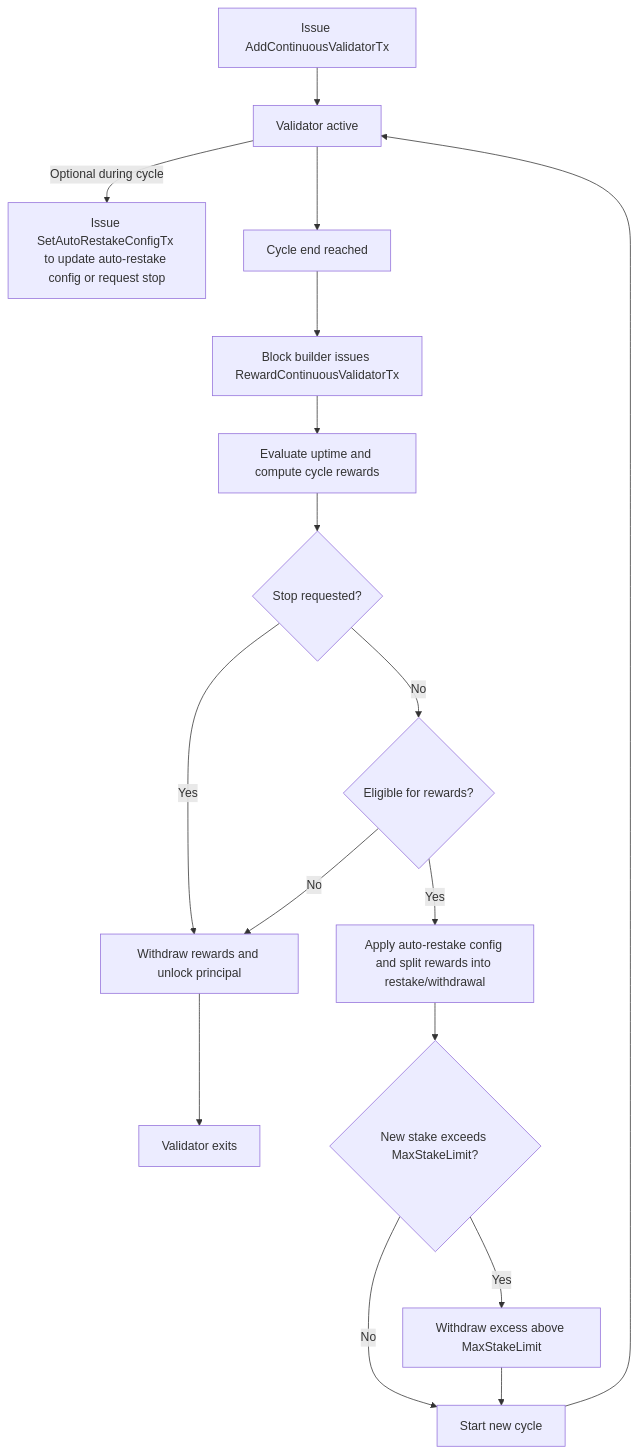
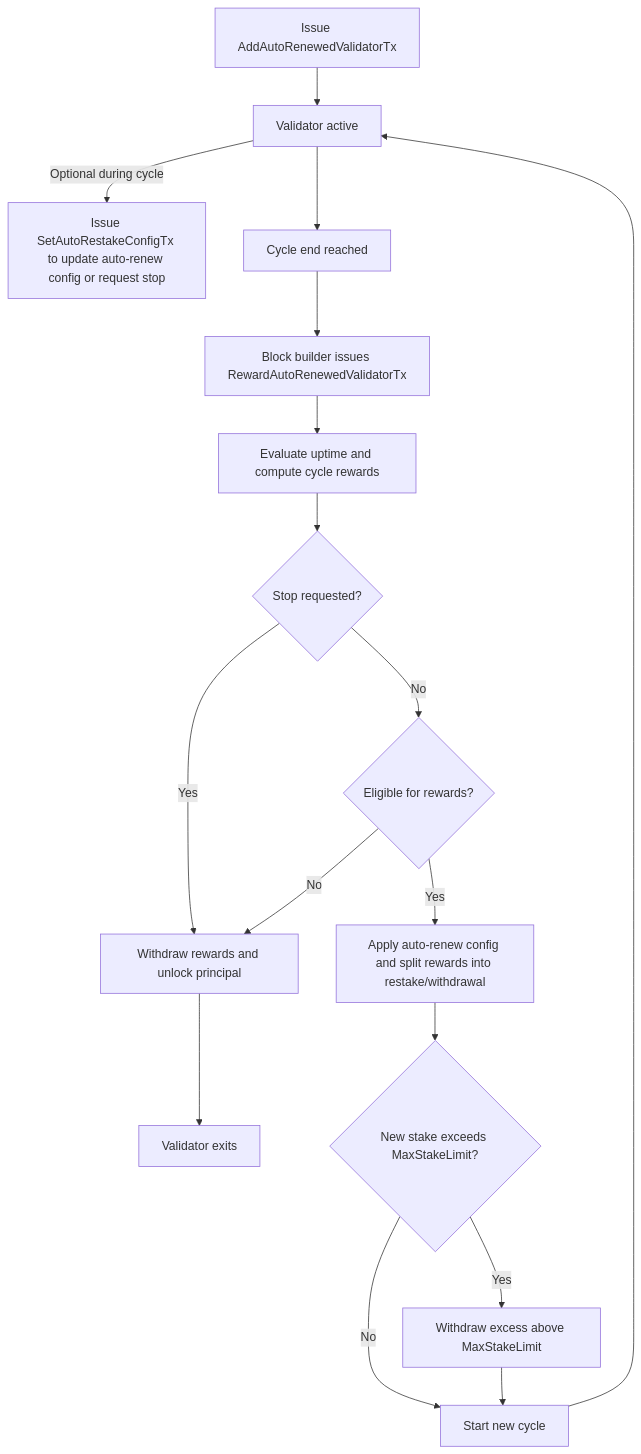
The diagram in ACPs/236-auto-renewed-staking/README.md (avalanche-foundation/ACPs), drawn with Mermaid before and after one commit. The commit also changed other lines of this file, not shown here.

````diff
--- a/ACPs/236-auto-renewed-staking/README.md
+++ b/ACPs/236-auto-renewed-staking/README.md
@@ -167,23 +167,23 @@
 ```mermaid
 flowchart TD
-  A[Issue AddContinuousValidatorTx] --> B[Validator active]
+  A[Issue AddAutoRenewedValidatorTx] --> B[Validator active]
 
-  B -->|Optional during cycle| C[Issue SetAutoRestakeConfigTx to update auto-restake config or request stop]
+  B -->|Optional during cycle| C[Issue SetAutoRestakeConfigTx to update auto-renew config or request stop]
 
   B --> D[Cycle end reached]
-  D --> E[Block builder issues RewardContinuousValidatorTx]
+  D --> E[Block builder issues RewardAutoRenewedValidatorTx]
   E --> F[Evaluate uptime and compute cycle rewards]
   F --> G{Stop requested?}
 
   G -->|Yes| H[Withdraw rewards and unlock principal]
   H --> I[Validator exits]
 
   G -->|No| J{Eligible for rewards?}
   J -->|No| H
-  J -->|Yes| K[Apply auto-restake config and split rewards into restake/withdrawal]
+  J -->|Yes| K[Apply auto-renew config and split rewards into restake/withdrawal]
   K --> L{New stake exceeds MaxStakeLimit?}
   L -->|Yes| M[Withdraw excess above MaxStakeLimit]
   L -->|No| N[Start new cycle]
   M --> N[Start new cycle]
   N --> B
 ```
````
